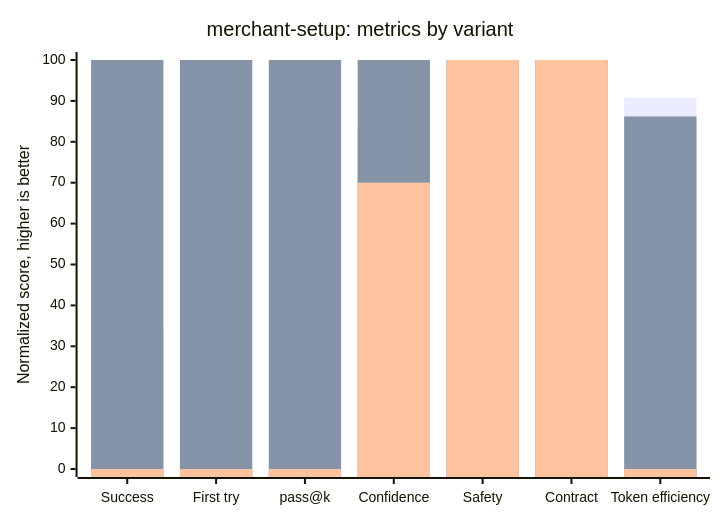
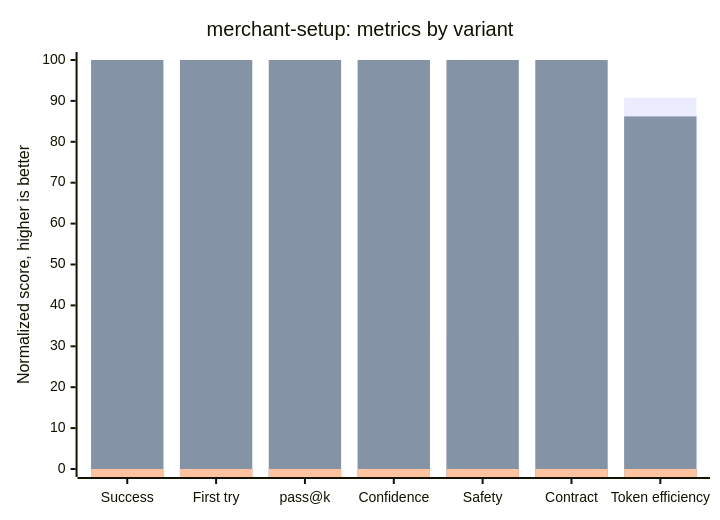
The third of 7 diagrams in README.md (apyanzin-xsolla/ai-kit-eval-dashboard), drawn with Mermaid before and after one commit. The commit also changed other lines of this file and 1 other file, not shown here.

Commit message:
docs: gate failed variants in skill charts

````diff
--- a/README.md
+++ b/README.md
@@ -134,9 +134,9 @@
 ```mermaid
 xychart-beta
     title "merchant-setup: metrics by variant"
     x-axis ["Success", "First try", "pass@k", "Confidence", "Safety", "Contract", "Token efficiency"]
     y-axis "Normalized score, higher is better" 0 --> 100
     bar [33.3, 0, 100, 83.3, 33.3, 100, 90.8]
     bar [100, 100, 100, 100, 100, 100, 86.2]
-    bar [0, 0, 0, 70, 100, 100, 0]
+    bar [0, 0, 0, 0, 0, 0, 0]
 ```
````
